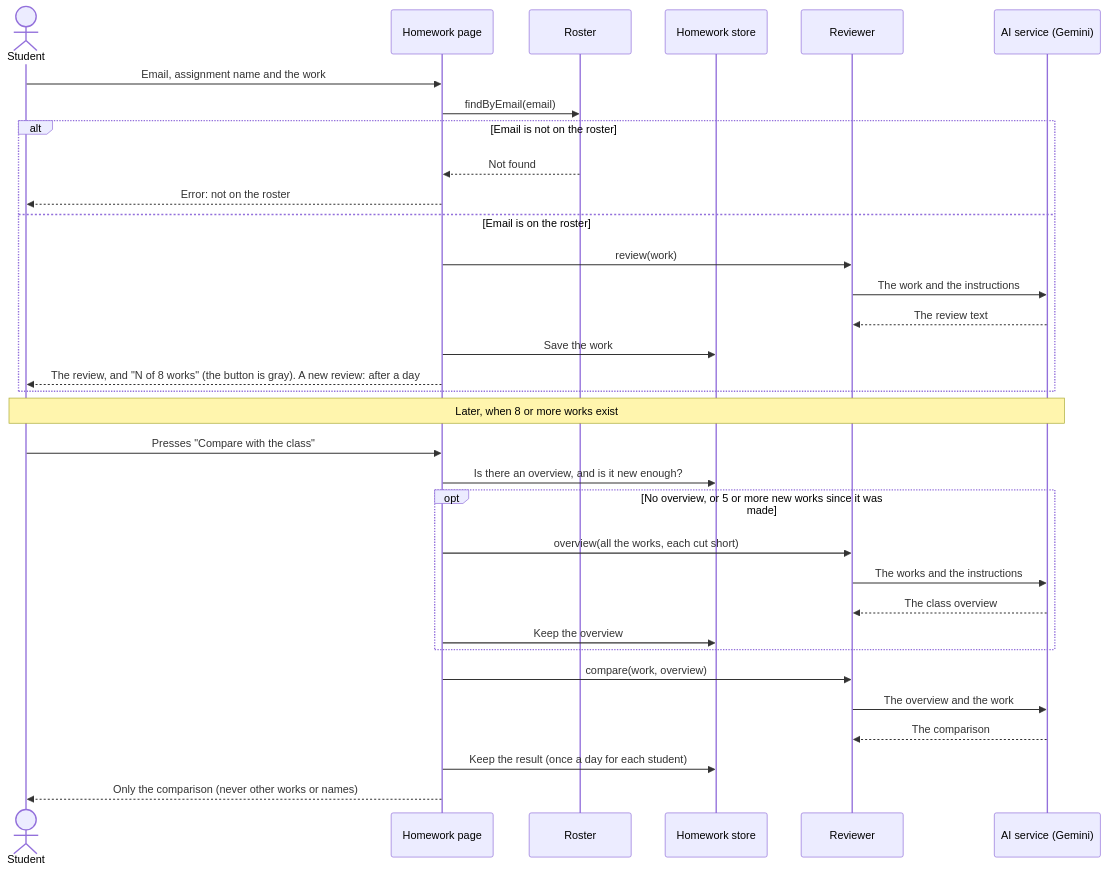
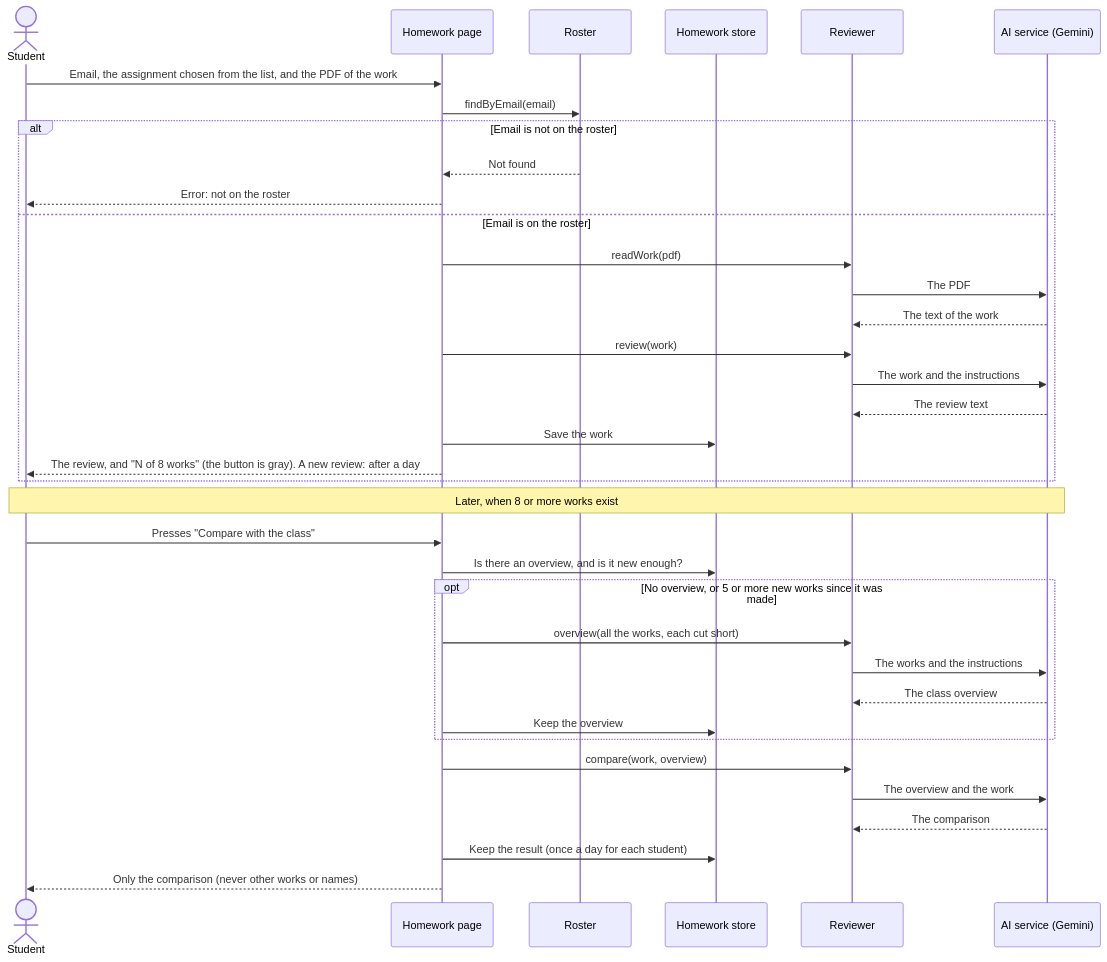
The sixth of 9 diagrams in diagrams.md (Maycaspi110/Class_Attendance), drawn with Mermaid before and after one commit. The commit also changed other lines of this file and 5 other files, not shown here.

Commit message:
Update the diagrams, tools report and testing strategy for publishing, PDF homework and the class report

````diff
--- a/diagrams.md
+++ b/diagrams.md
@@ -246,37 +259,40 @@
 ```mermaid
 sequenceDiagram
   actor St as Student
   participant HP as Homework page
   participant R as Roster
   participant HS as Homework store
   participant RV as Reviewer
   participant AI as AI service (Gemini)
 
-  St->>HP: Email, assignment name and the work
+  St->>HP: Email, the assignment chosen from the list, and the PDF of the work
   HP->>R: findByEmail(email)
   alt Email is not on the roster
     R-->>HP: Not found
     HP-->>St: Error: not on the roster
   else Email is on the roster
+    HP->>RV: readWork(pdf)
+    RV->>AI: The PDF
+    AI-->>RV: The text of the work
     HP->>RV: review(work)
     RV->>AI: The work and the instructions
     AI-->>RV: The review text
     HP->>HS: Save the work
     HP-->>St: The review, and "N of 8 works" (the button is gray). A new review: after a day
   end
 
   Note over St,AI: Later, when 8 or more works exist
   St->>HP: Presses "Compare with the class"
   HP->>HS: Is there an overview, and is it new enough?
   opt No overview, or 5 or more new works since it was made
     HP->>RV: overview(all the works, each cut short)
     RV->>AI: The works and the instructions
     AI-->>RV: The class overview
     HP->>HS: Keep the overview
   end
   HP->>RV: compare(work, overview)
   RV->>AI: The overview and the work
   AI-->>RV: The comparison
   HP->>HS: Keep the result (once a day for each student)
   HP-->>St: Only the comparison (never other works or names)
 ```
````
